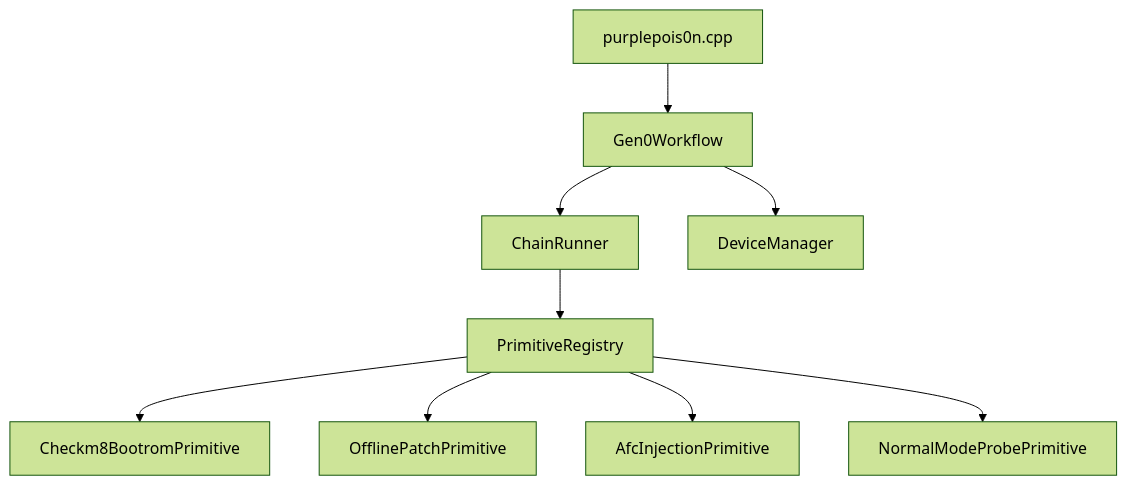
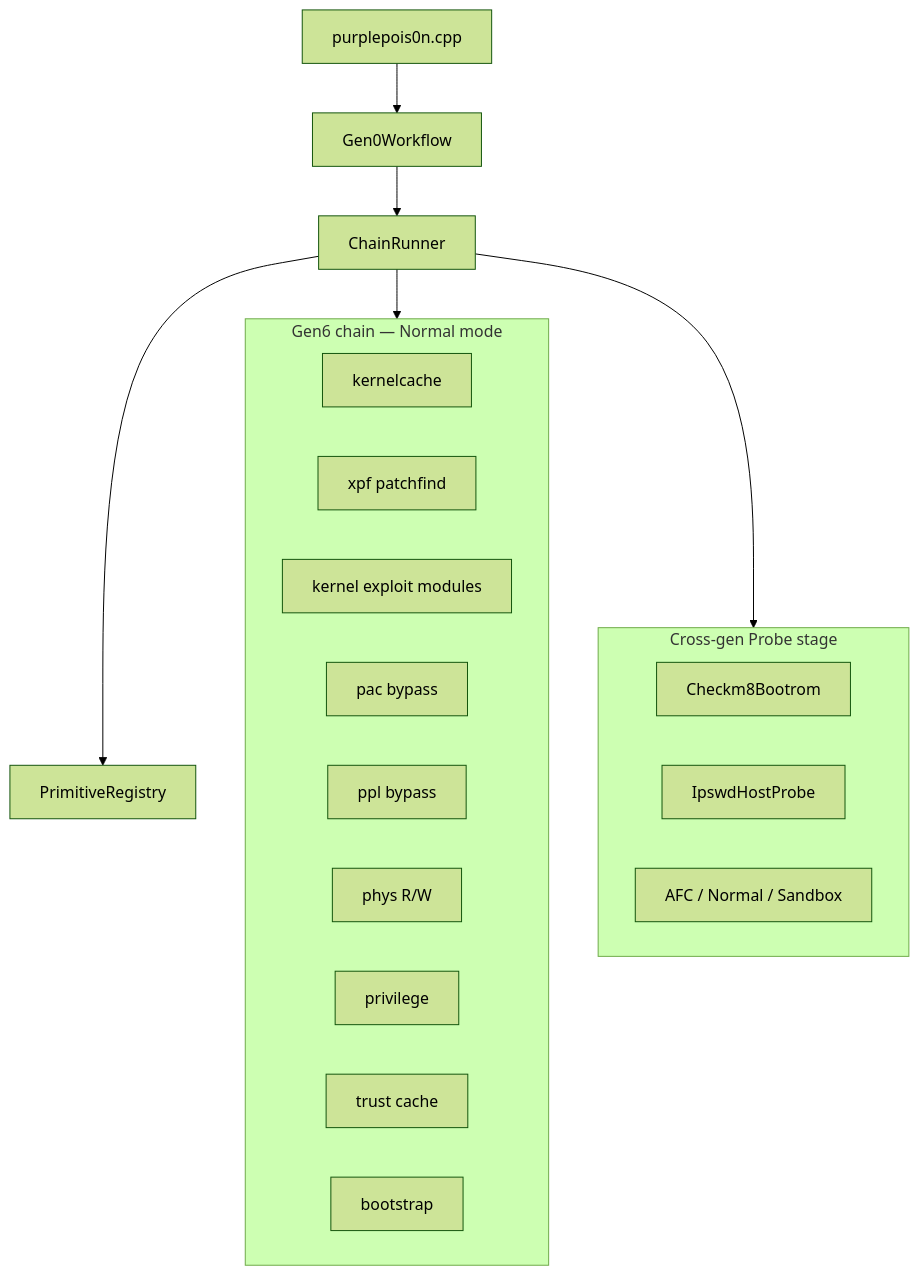
The diagram in docs/book/deep/primitives-gen0.md (posixninja/purplepois0n), drawn with Mermaid (forest theme) before and after one commit. The commit also changed other lines of this file and 166 other files, not shown here.

````diff
--- a/docs/book/deep/primitives-gen0.md
+++ b/docs/book/deep/primitives-gen0.md
@@ -10,21 +10,29 @@
 ```mermaid
 flowchart TB
     CLI[purplepois0n.cpp]
     G0[Gen0Workflow]
     CR[ChainRunner]
     REG[PrimitiveRegistry]
-    P1[Checkm8BootromPrimitive]
-    P2[OfflinePatchPrimitive]
-    P3[AfcInjectionPrimitive]
-    P4[NormalModeProbePrimitive]
-    DM[DeviceManager]
 
-    CLI --> G0
-    G0 --> DM
-    G0 --> CR
-    CR --> REG
-    REG --> P1
-    REG --> P2
-    REG --> P3
-    REG --> P4
+    subgraph gen6 [Gen6 chain — Normal mode]
+        KC[kernelcache]
+        XPF[xpf patchfind]
+        KE[kernel exploit modules]
+        PAC[pac bypass]
+        PPL[ppl bypass]
+        PR[phys R/W]
+        PV[privilege]
+        TC[trust cache]
+        BS[bootstrap]
+    end
+
+    subgraph legacy [Cross-gen Probe stage]
+        P1[Checkm8Bootrom]
+        P2[IpswdHostProbe]
+        P3[AFC / Normal / Sandbox]
+    end
+
+    CLI --> G0 --> CR --> REG
+    CR --> gen6
+    CR --> legacy
 ```
````
